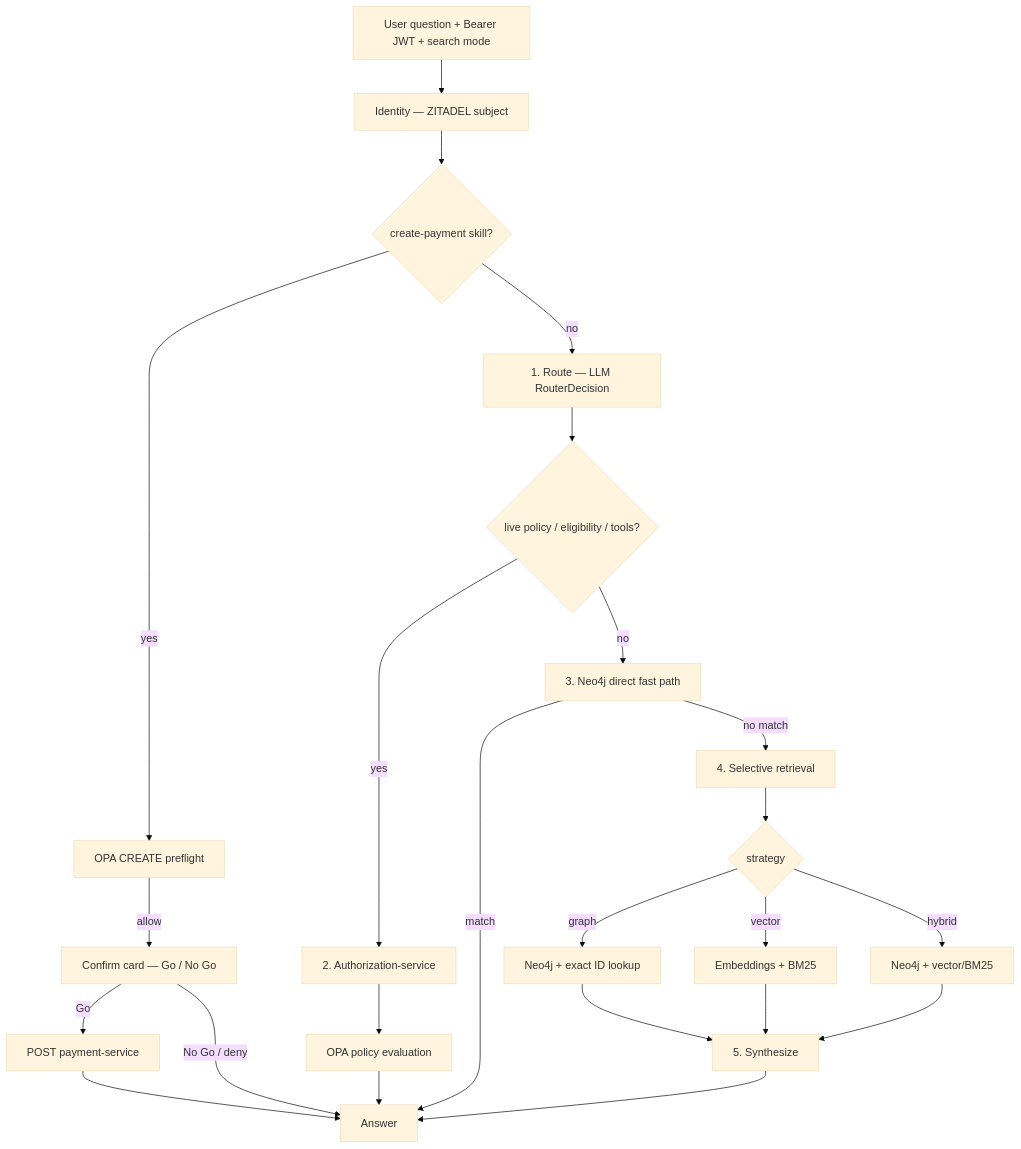
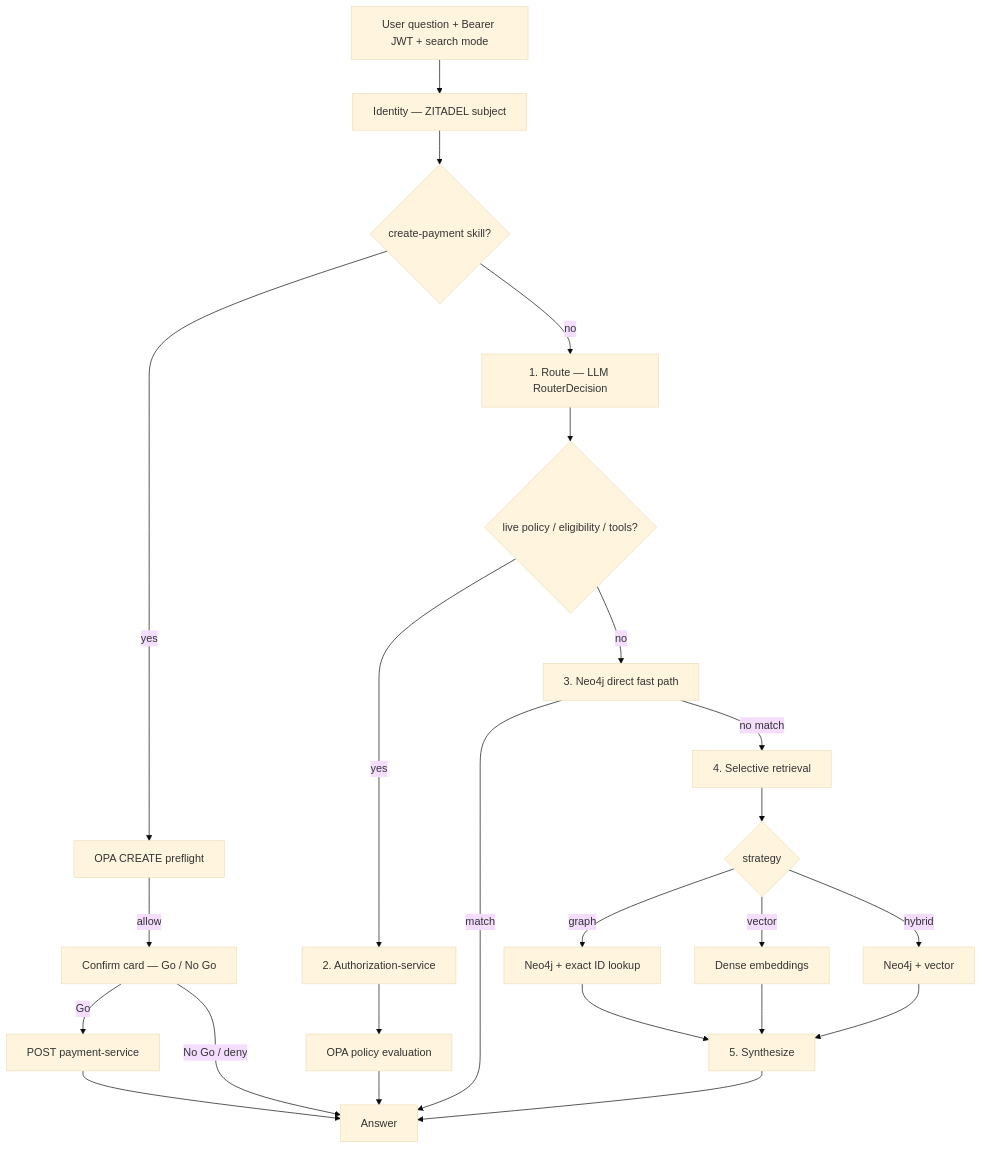
Before and after one commit to sanjuthomas/policy-pilot: the diagram in README.md, drawn with Mermaid (base theme). The commit also changed other lines of this file and 44 other files, not shown here.

````diff
--- a/README.md
+++ b/README.md
@@ -95,26 +95,26 @@
 ```mermaid
 flowchart TD
     Q["User question + Bearer JWT + search mode"] --> ID[Identity — ZITADEL subject]
     ID --> SK{create-payment skill?}
     SK -->|yes| PRE[OPA CREATE preflight]
     PRE -->|allow| CONF[Confirm card — Go / No Go]
     CONF -->|Go| PAY[POST payment-service]
     PAY --> A[Answer]
     CONF -->|No Go / deny| A
     SK -->|no| R[1. Route — LLM RouterDecision]
     R --> E{live policy / eligibility / tools?}
     E -->|yes| AZ[2. Authorization-service]
     AZ --> OPA[OPA policy evaluation]
     OPA --> A
     E -->|no| D[3. Neo4j direct fast path]
     D -->|match| A
     D -->|no match| RET[4. Selective retrieval]
     RET --> G{strategy}
     G -->|graph| N[Neo4j + exact ID lookup]
-    G -->|vector| V[Embeddings + BM25]
-    G -->|hybrid| H[Neo4j + vector/BM25]
+    G -->|vector| V[Dense embeddings]
+    G -->|hybrid| H[Neo4j + vector]
     N --> S[5. Synthesize]
     V --> S
     H --> S
     S --> A
 ```
````
